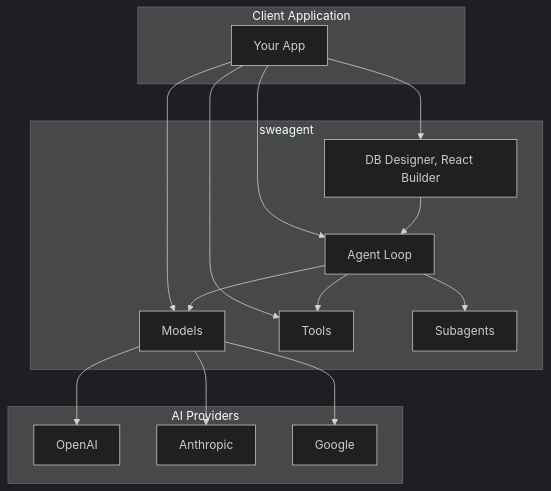
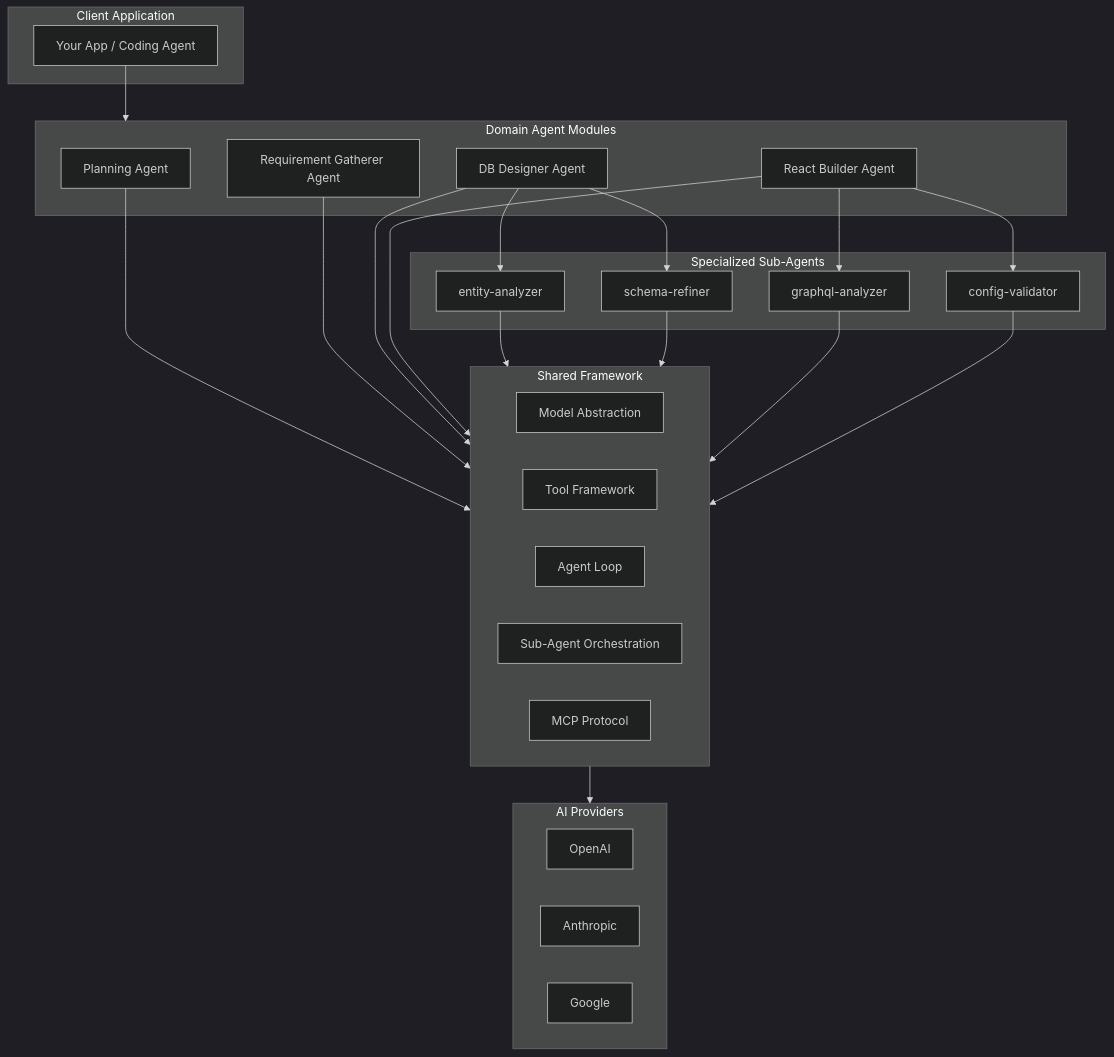
The third of 6 diagrams in README.md (sijeeshmiziha/sweagent), drawn with Mermaid (dark theme) before and after one commit. The commit also changed other lines of this file and 113 other files, not shown here.

````diff
--- a/README.md
+++ b/README.md
@@ -317,32 +589,49 @@
 ```mermaid
 graph TB
   subgraph Client[Client Application]
-    App[Your App]
+    App["Your App / Coding Agent"]
   end
 
-  subgraph Sweagent[sweagent]
-    Models[Models]
-    Tools[Tools]
-    Agents[Agent Loop]
-    Subagents[Subagents]
-    Modules[DB Designer, React Builder]
+  subgraph DomainAgents[Domain Agent Modules]
+    Planning["Planning Agent"]
+    ReqGatherer["Requirement Gatherer Agent"]
+    DbDesigner["DB Designer Agent"]
+    ReactBuilder["React Builder Agent"]
+  end
+
+  subgraph SubAgents[Specialized Sub-Agents]
+    EA["entity-analyzer"]
+    SR["schema-refiner"]
+    GA["graphql-analyzer"]
+    CV["config-validator"]
+  end
+
+  subgraph Framework[Shared Framework]
+    Models["Model Abstraction"]
+    ToolFW["Tool Framework"]
+    AgentLoop["Agent Loop"]
+    SubAgentOrch["Sub-Agent Orchestration"]
+    MCP["MCP Protocol"]
   end
 
   subgraph Providers[AI Providers]
-    OpenAI[OpenAI]
-    Anthropic[Anthropic]
-    Google[Google]
+    OpenAI["OpenAI"]
+    Anthropic["Anthropic"]
+    Google["Google"]
   end
 
-  App --> Models
-  App --> Tools
-  App --> Agents
-  App --> Modules
-  Agents --> Models
-  Agents --> Tools
-  Agents --> Subagents
-  Modules --> Agents
-  Models --> OpenAI
-  Models --> Anthropic
-  Models --> Google
+  App --> DomainAgents
+  Planning --> Framework
+  ReqGatherer --> Framework
+  DbDesigner --> EA
+  DbDesigner --> SR
+  DbDesigner --> Framework
+  ReactBuilder --> GA
+  ReactBuilder --> CV
+  ReactBuilder --> Framework
+  EA --> Framework
+  SR --> Framework
+  GA --> Framework
+  CV --> Framework
+  Framework --> Providers
 ```
````
